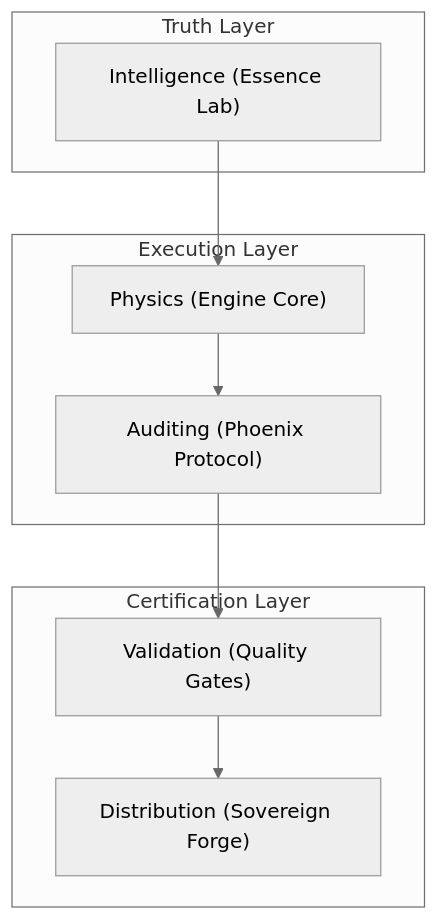
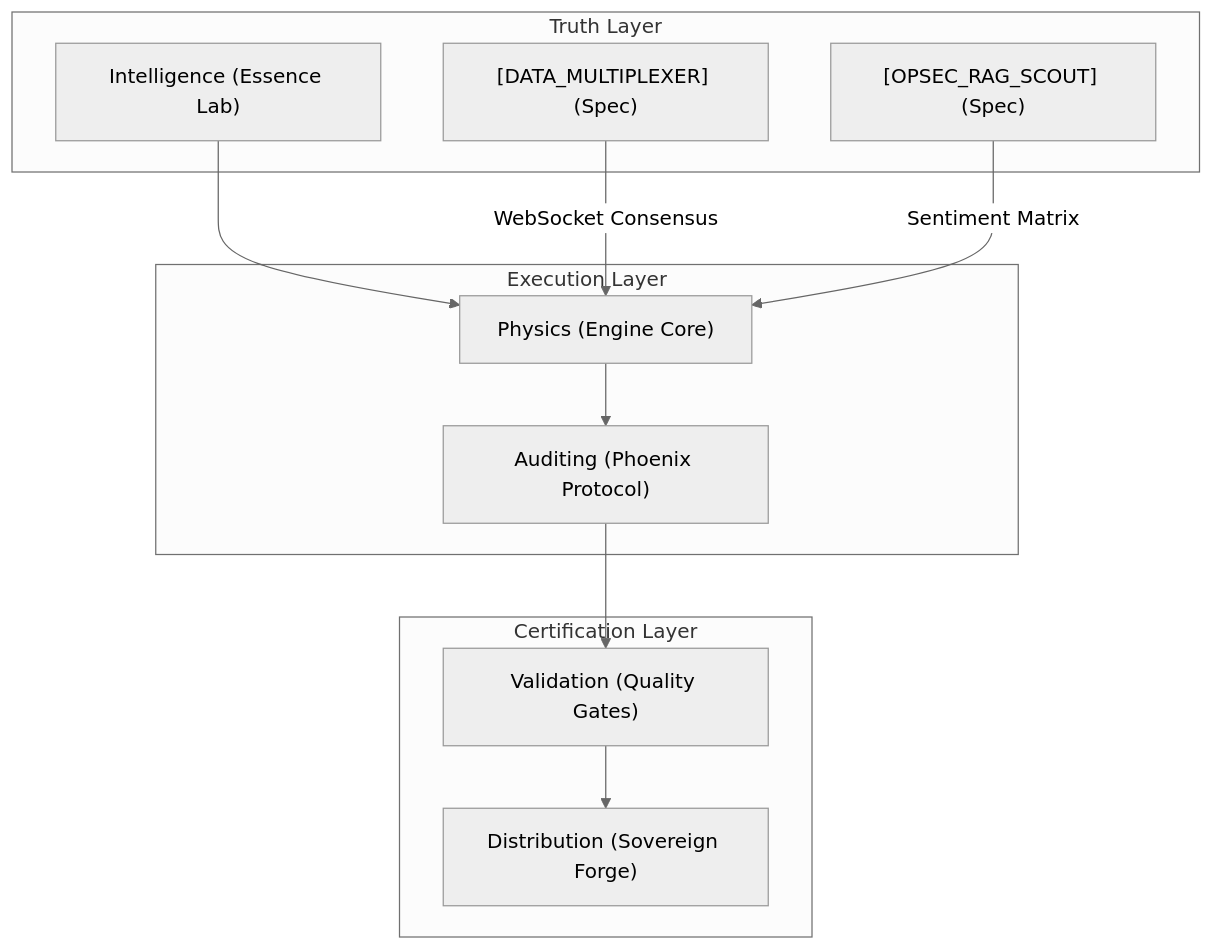
One commit to TreeSalt/CORE changed the diagram in docs/ARCHITECTURE_MAP.md. Above: the diagram before and after it, drawn with Mermaid (neutral theme). The commit also changed other lines of this file and 41 other files, not shown here.

````diff
--- a/docs/ARCHITECTURE_MAP.md
+++ b/docs/ARCHITECTURE_MAP.md
@@ -9,21 +9,28 @@
 ```mermaid
 graph TD
+    %% Existing Nodes
     A["Intelligence (Essence Lab)"] --> B["Physics (Engine Core)"]
     B --> C["Auditing (Phoenix Protocol)"]
     C --> D["Validation (Quality Gates)"]
     D --> E["Distribution (Sovereign Forge)"]
+    
+    %% Phase 3 Planned/Spec-Phase Nodes
+    M["[DATA_MULTIPLEXER] (Spec)"] -->|WebSocket Consensus| B
+    O["[OPSEC_RAG_SCOUT] (Spec)"] -->|Sentiment Matrix| B
 
     subgraph "Truth Layer"
         A
+        M
+        O
     end
 
     subgraph "Execution Layer"
         B
         C
     end
 
     subgraph "Certification Layer"
         D
         E
     end
 ```
````
